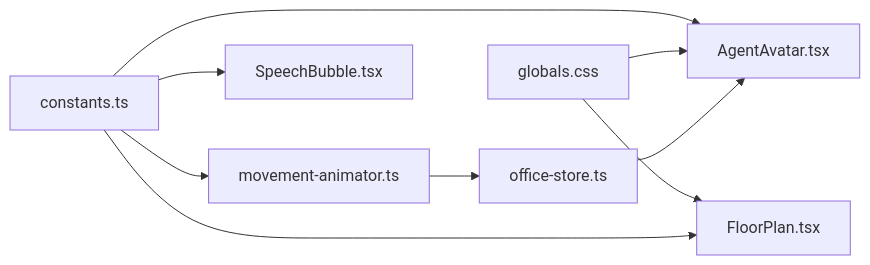
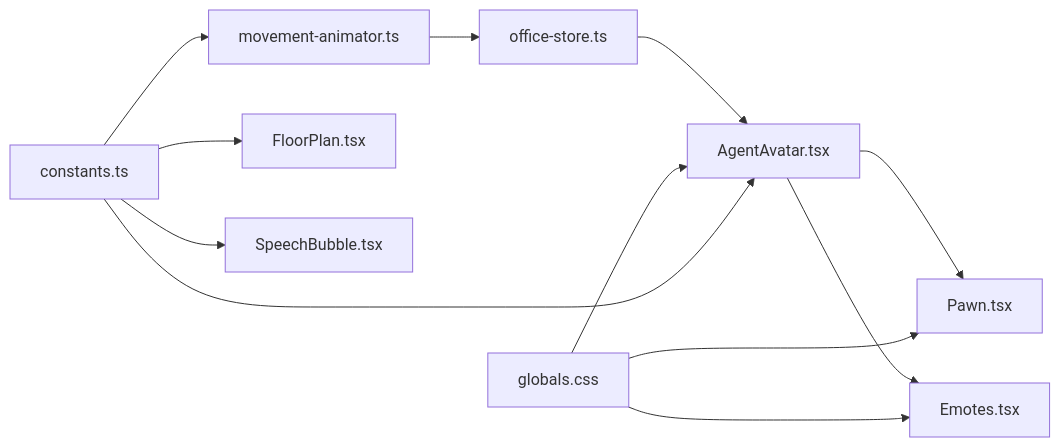
The tenth of 10 diagrams in .qoder/repowiki/zh/content/虚拟办公室系统/动画效果系统.md (WW-AI-Lab/openclaw-office), drawn with Mermaid before and after one commit. The commit also changed other lines of this file and 15 other files, not shown here.

````diff
--- a/.qoder/repowiki/zh/content/虚拟办公室系统/动画效果系统.md
+++ b/.qoder/repowiki/zh/content/虚拟办公室系统/动画效果系统.md
@@ -267,11 +389,14 @@
 ```mermaid
 graph LR
 CT["constants.ts"] --> MA["movement-animator.ts"]
 MA --> OS["office-store.ts"]
 OS --> AA["AgentAvatar.tsx"]
+AA --> PA["Pawn.tsx"]
+AA --> ES["Emotes.tsx"]
 CT --> FP["FloorPlan.tsx"]
-GC["globals.css"] --> AA
-GC --> FP
+GC["globals.css"] --> PA
+GC --> ES
+GC --> AA
 CT --> AA
 CT --> ST["SpeechBubble.tsx"]
 ```
````
